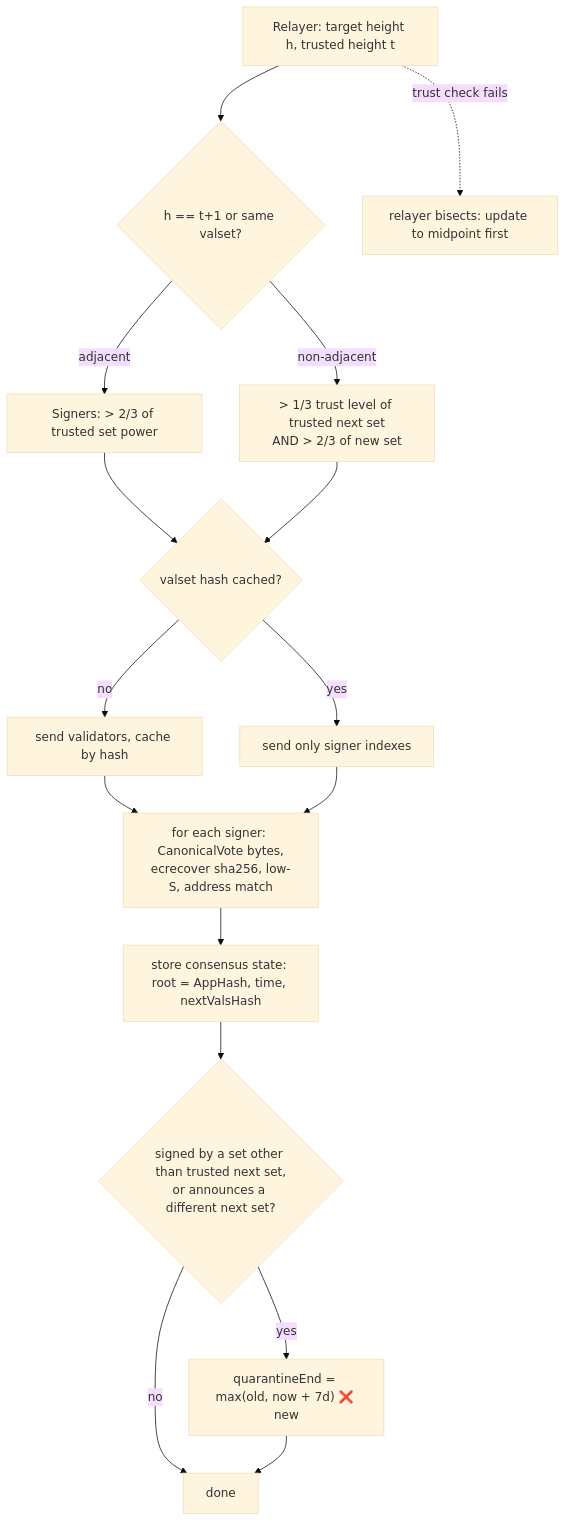
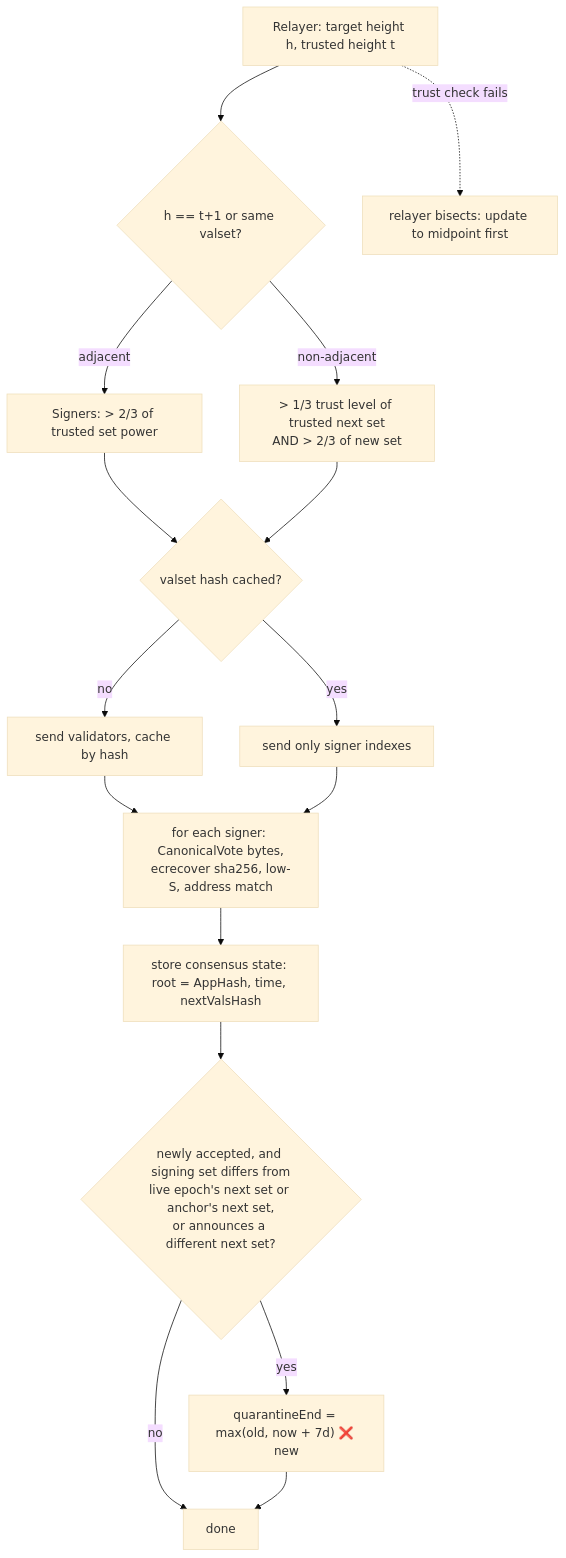
One commit to gnolang/gno changed the fifth of 13 diagrams in gno.land/adr/pr6375_ibc_ethereum.md. Above: the diagram before and after it, drawn with Mermaid (base theme). The commit also changed other lines of this file, not shown here.

````diff
--- a/gno.land/adr/pr6375_ibc_ethereum.md
+++ b/gno.land/adr/pr6375_ibc_ethereum.md
@@ -404,16 +407,16 @@
 ```mermaid
 flowchart TD
   H[Relayer: target height h, trusted height t] --> ADJ{h == t+1 or same valset?}
   ADJ -- adjacent --> V1[Signers: > 2/3 of trusted set power]
   ADJ -- non-adjacent --> V2[> 1/3 trust level of trusted next set<br/>AND > 2/3 of new set]
   V1 & V2 --> CACHE{valset hash cached?}
   CACHE -- no --> KEYS[send validators, cache by hash]
   CACHE -- yes --> NOKEYS[send only signer indexes]
   KEYS & NOKEYS --> SIG[for each signer: CanonicalVote bytes,<br/>ecrecover sha256, low-S, address match]
   SIG --> STORE[store consensus state: root = AppHash, time, nextValsHash]
-  STORE --> VCH{signed by a set other than trusted next set,<br/>or announces a different next set?}
+  STORE --> VCH{newly accepted, and signing set differs from<br/>live epoch's next set or anchor's next set,<br/>or announces a different next set?}
   VCH -- yes --> QUAR["quarantineEnd = max(old, now + 7d) ❌ new"]
   VCH -- no --> DONE[done]
   QUAR --> DONE
   H -. trust check fails .-> BIS[relayer bisects: update to midpoint first]
 ```
````
